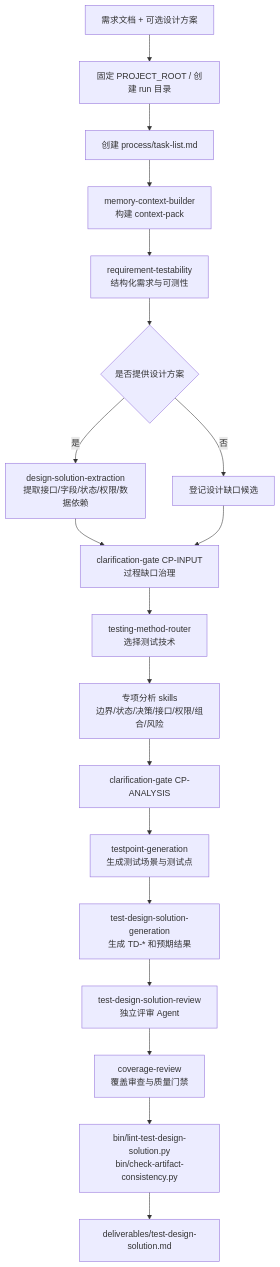
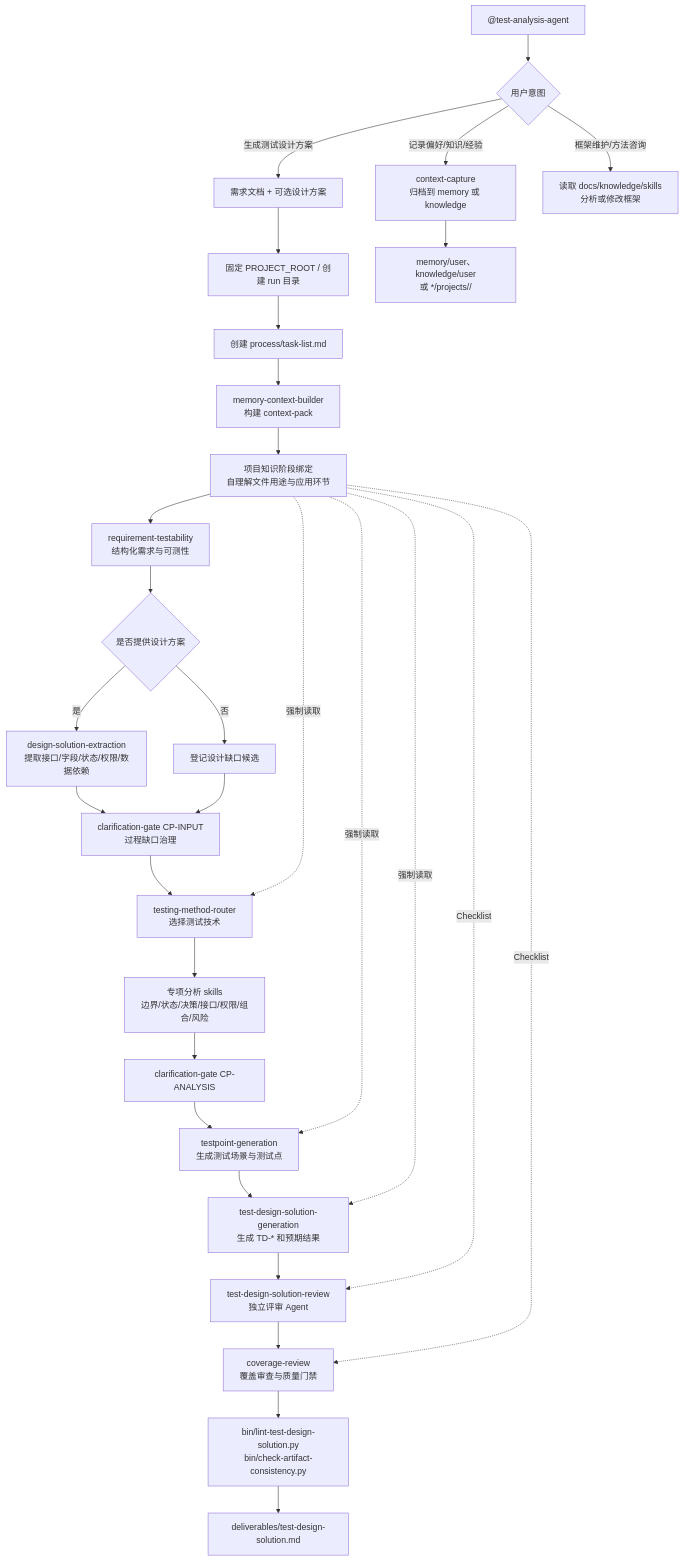
The diagram in docs/test-design-solution-agent-design.md (szluoqy-byte/Test-Analysis-Agent-MM), drawn with Mermaid before and after one commit. The commit also changed other lines of this file and 59 other files, not shown here.

Commit message:
feat: add test analysis agent facade

````diff
--- a/docs/test-design-solution-agent-design.md
+++ b/docs/test-design-solution-agent-design.md
@@ -51,21 +51,32 @@
 ```mermaid
 flowchart TD
-  input["需求文档 + 可选设计方案"] --> root["固定 PROJECT_ROOT / 创建 run 目录"]
+  user["@test-analysis-agent"] --> intent{"用户意图"}
+  intent -- "生成测试设计方案" --> input["需求文档 + 可选设计方案"]
+  intent -- "记录偏好/知识/经验" --> capture["context-capture<br/>归档到 memory 或 knowledge"]
+  intent -- "框架维护/方法咨询" --> maintain["读取 docs/knowledge/skills<br/>分析或修改框架"]
+  input --> root["固定 PROJECT_ROOT / 创建 run 目录"]
   root --> task["创建 process/task-list.md"]
   task --> memory["memory-context-builder<br/>构建 context-pack"]
-  memory --> req["requirement-testability<br/>结构化需求与可测性"]
+  memory --> pk["项目知识阶段绑定<br/>自理解文件用途与应用环节"]
+  pk --> req["requirement-testability<br/>结构化需求与可测性"]
   req --> design{"是否提供设计方案"}
   design -- 是 --> extract["design-solution-extraction<br/>提取接口/字段/状态/权限/数据依赖"]
   design -- 否 --> gap["登记设计缺口候选"]
   extract --> cp1["clarification-gate CP-INPUT<br/>过程缺口治理"]
   gap --> cp1
   cp1 --> router["testing-method-router<br/>选择测试技术"]
+  pk -. 强制读取 .-> router
   router --> method["专项分析 skills<br/>边界/状态/决策/接口/权限/组合/风险"]
   method --> cp2["clarification-gate CP-ANALYSIS"]
   cp2 --> tp["testpoint-generation<br/>生成测试场景与测试点"]
+  pk -. 强制读取 .-> tp
   tp --> gen["test-design-solution-generation<br/>生成 TD-* 和预期结果"]
+  pk -. 强制读取 .-> gen
   gen --> review["test-design-solution-review<br/>独立评审 Agent"]
+  pk -. Checklist .-> review
   review --> coverage["coverage-review<br/>覆盖审查与质量门禁"]
+  pk -. Checklist .-> coverage
   coverage --> lint["bin/lint-test-design-solution.py<br/>bin/check-artifact-consistency.py"]
   lint --> output["deliverables/test-design-solution.md"]
+  capture --> ctxout["memory/user、knowledge/user<br/>或 */projects/<project-key>/"]
 ```
````
